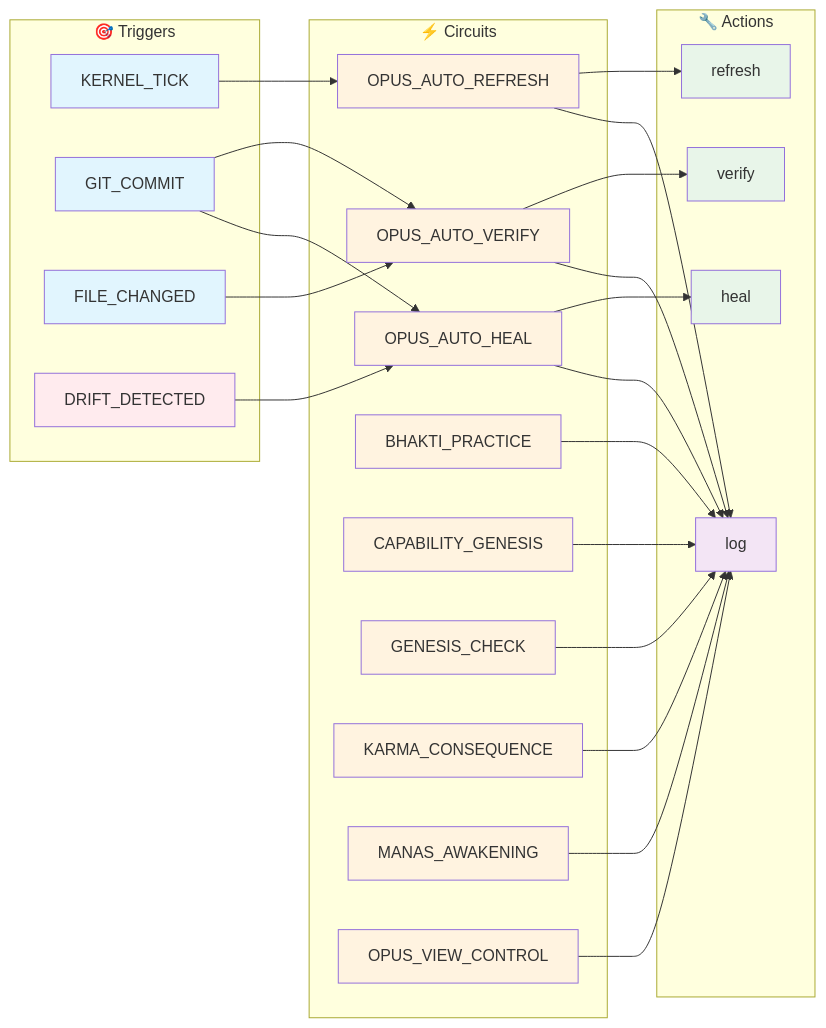
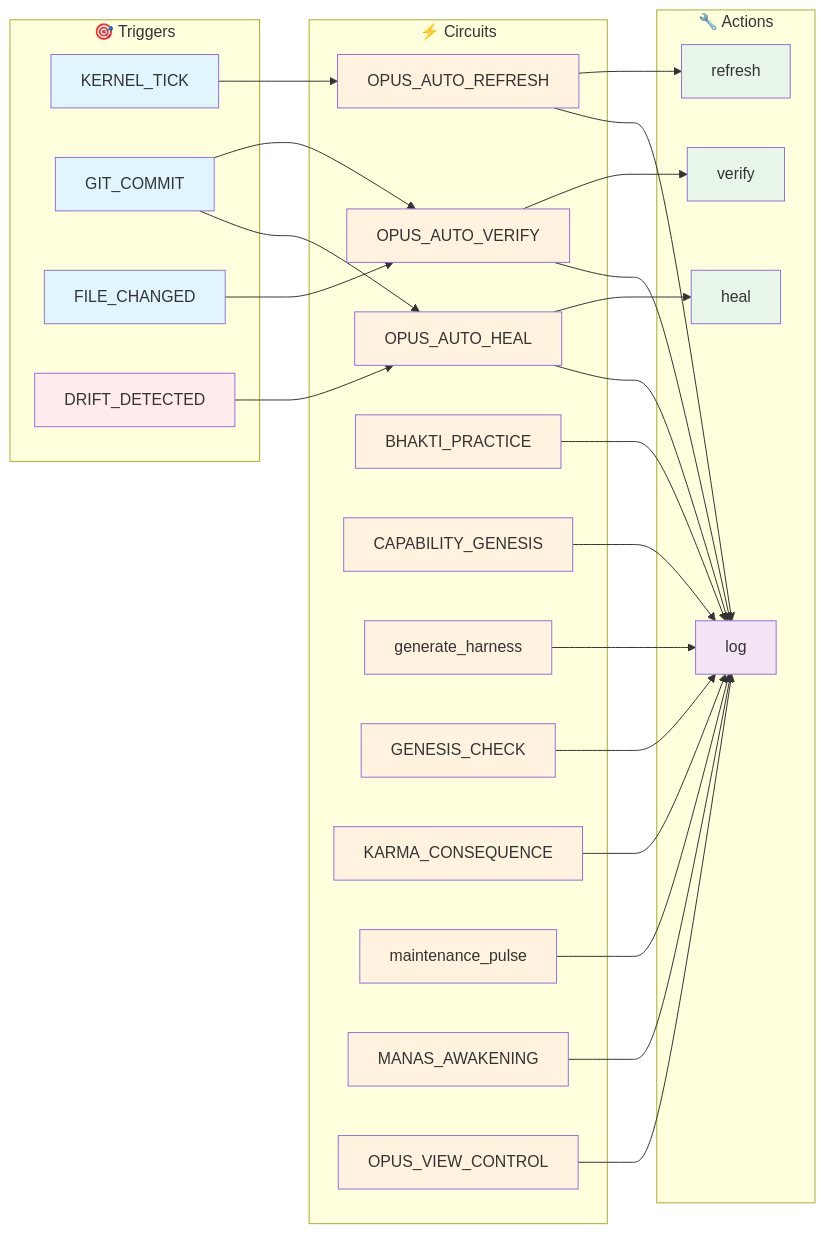
The first of 2 diagrams in OPUS.md (kimeisele/steward-protocol), drawn with Mermaid before and after one commit. The commit also changed other lines of this file, not shown here.

First line of the commit message:
chore(opus): Defibrillate dashboard (manual pulse)

````diff
--- a/OPUS.md
+++ b/OPUS.md
@@ -215,65 +214,71 @@
 ```mermaid
 flowchart LR
     subgraph Events["🎯 Triggers"]
         E1[KERNEL_TICK]
         E2[GIT_COMMIT]
         E3[FILE_CHANGED]
         E4[DRIFT_DETECTED]
     end
 
     subgraph Circuits["⚡ Circuits"]
         C1[OPUS_AUTO_HEAL]
         C2[OPUS_AUTO_REFRESH]
         C3[OPUS_AUTO_VERIFY]
         C4[BHAKTI_PRACTICE]
         C5[CAPABILITY_GENESIS]
-        C6[GENESIS_CHECK]
-        C7[KARMA_CONSEQUENCE]
-        C8[MANAS_AWAKENING]
-        C9[OPUS_VIEW_CONTROL]
+        C6[generate_harness]
+        C7[GENESIS_CHECK]
+        C8[KARMA_CONSEQUENCE]
+        C9[maintenance_pulse]
+        C10[MANAS_AWAKENING]
+        C11[OPUS_VIEW_CONTROL]
     end
 
     subgraph Actions["🔧 Actions"]
         A1[verify]
         A2[refresh]
         A3[heal]
         A4[log]
     end
 
     E1 --> C2
     E2 --> C1
     E2 --> C3
     E3 --> C3
     E4 --> C1
 
     C1 --> A4
     C2 --> A4
     C3 --> A4
     C4 --> A4
     C5 --> A4
     C6 --> A4
     C7 --> A4
     C8 --> A4
     C9 --> A4
+    C10 --> A4
+    C11 --> A4
     C1 --> A3
     C2 --> A2
     C3 --> A1
 
     style E1 fill:#e1f5fe
     style E2 fill:#e1f5fe
     style E3 fill:#e1f5fe
     style E4 fill:#ffebee
     style C1 fill:#fff3e0
     style C2 fill:#fff3e0
     style C3 fill:#fff3e0
     style C4 fill:#fff3e0
     style C5 fill:#fff3e0
     style C6 fill:#fff3e0
     style C7 fill:#fff3e0
     style C8 fill:#fff3e0
     style C9 fill:#fff3e0
+    style C10 fill:#fff3e0
+    style C11 fill:#fff3e0
     style A1 fill:#e8f5e9
     style A2 fill:#e8f5e9
     style A3 fill:#e8f5e9
     style A4 fill:#f3e5f5
 ```
````
